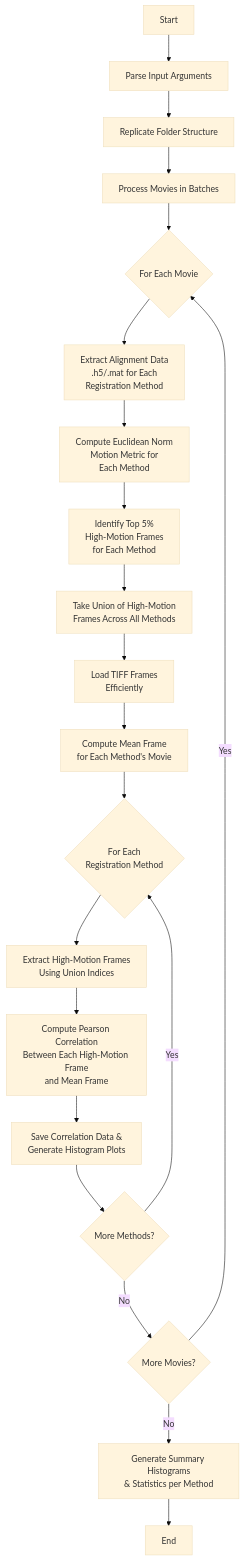
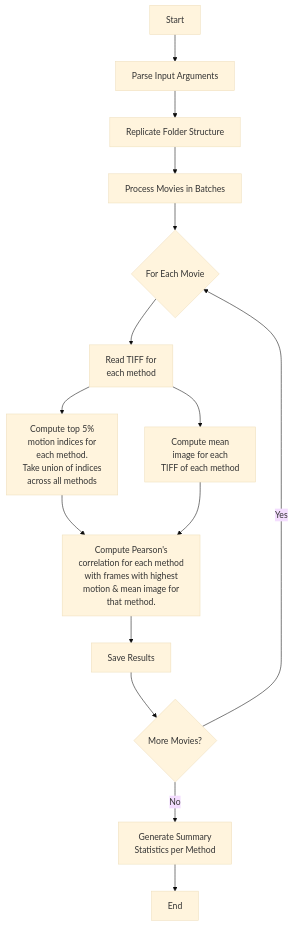
The diagram in README.md (AllenNeuralDynamics/iGluSnFR-In-Vivo-MC-Evaluation), drawn with Mermaid (base theme) before and after one commit.

````diff
--- a/README.md
+++ b/README.md
@@ -35,25 +35,20 @@
 ```mermaid
 graph TD
     A[Start] --> B[Parse Input Arguments]
     B --> C[Replicate Folder Structure]
     C --> D[Process Movies in Batches]
     D --> E{For Each Movie}
-    E --> F[Extract Alignment Data<br>.h5/.mat for Each<br>Registration Method]
-    F --> G[Compute Euclidean Norm<br>Motion Metric for<br>Each Method]
-    G --> H[Identify Top 5%<br>High-Motion Frames<br>for Each Method]
-    H --> I[Take Union of High-Motion<br>Frames Across All Methods]
-    I --> J[Load TIFF Frames<br>Efficiently]
-    J --> K[Compute Mean Frame<br>for Each Method's Movie]
-    K --> L{For Each<br>Registration Method}
-    L --> M[Extract High-Motion Frames<br>Using Union Indices]
-    M --> N[Compute Pearson Correlation<br>Between Each High-Motion Frame<br>and Mean Frame]
-    N --> O[Save Correlation Data &<br>Generate Histogram Plots]
-    O --> P{More Methods?}
-    P -- Yes --> L
-    P -- No --> Q{More Movies?}
-    Q -- Yes --> E
-    Q -- No --> R[Generate Summary Histograms<br>& Statistics per Method]
-    R --> S[End]
-
-
+    E --> F[Read TIFF for<br>each method]
+    
+    F --> G1[Compute top 5%<br>motion indices for<br>each method. <br> Take union of indices <br> across all methods]
+    F --> G2[Compute mean<br>image for each<br>TIFF of each method]
+    
+    G1 --> H[Compute Pearson's<br>correlation for each method <br> with frames with highest <br> motion  & mean image for <br> that method.]
+    G2 --> H
+    
+    H --> I[Save Results]
+    I --> J{More Movies?}
+    J -- Yes --> E
+    J -- No --> K[Generate Summary<br>Statistics per Method]
+    K --> L[End]
 ```
````
